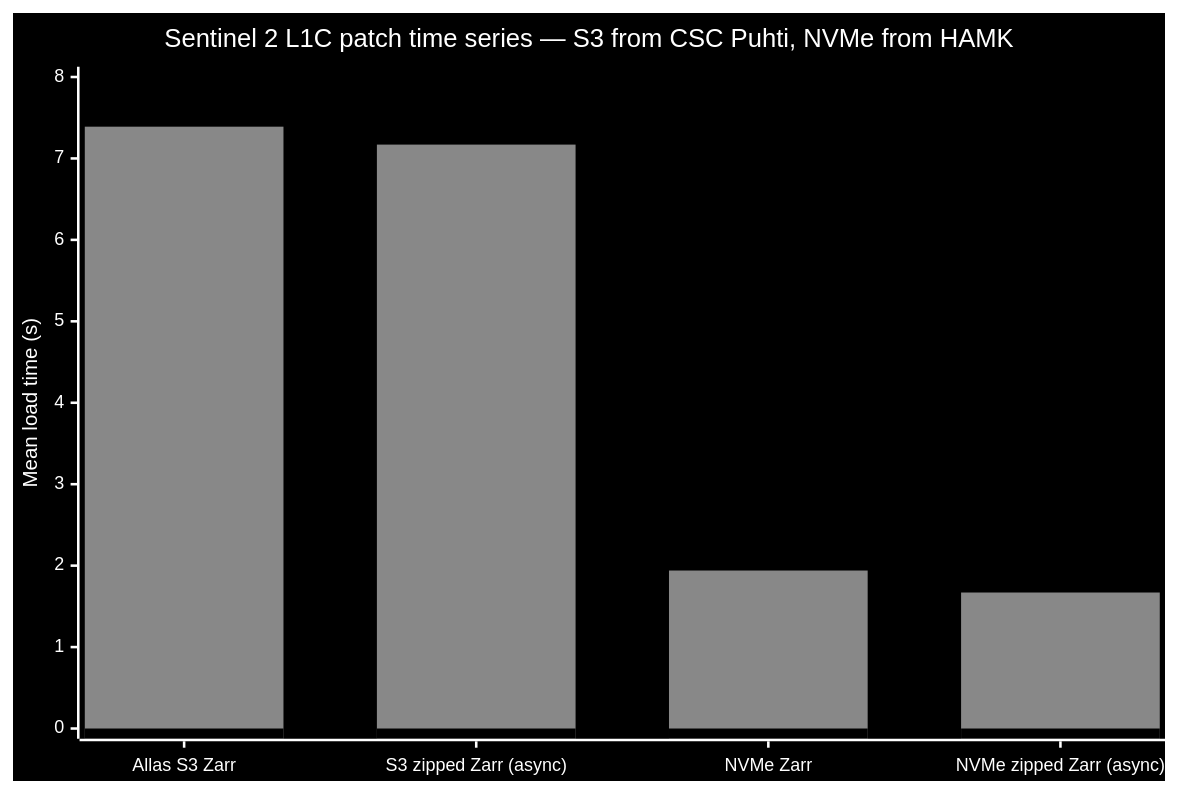
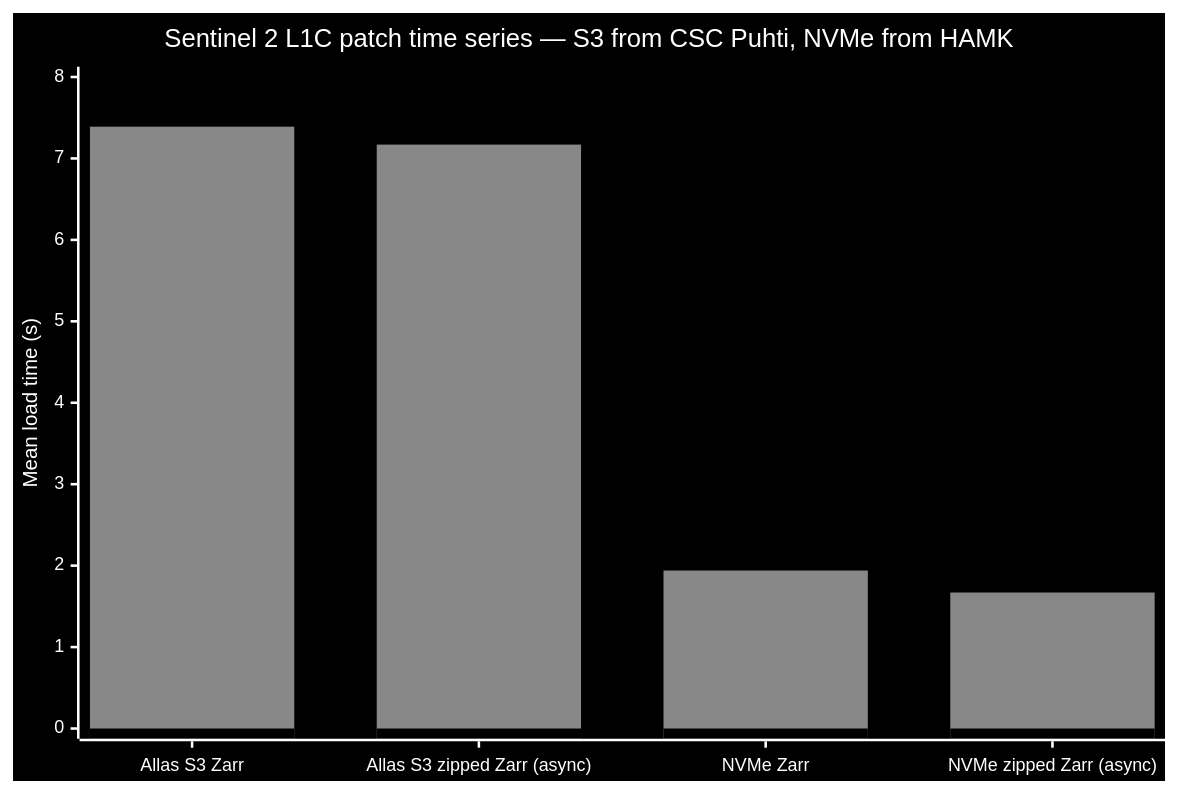
Before and after one commit to hamk-uas/datacube-storage-lab: the seventh of 7 diagrams in README.md, drawn with Mermaid. The commit also changed other lines of this file, not shown here.

````diff
--- a/README.md
+++ b/README.md
@@ -705,27 +705,27 @@
 ```mermaid
 ---
 config:
     xyChart:
         width: 900
         height: 600
     themeVariables:
         xyChart:
             backgroundColor: "#000"
             titleColor: "#fff"
             xAxisLabelColor: "#fff"
             xAxisTitleColor: "#fff"
             xAxisTickColor: "#fff"
             xAxisLineColor: "#fff"
             yAxisLabelColor: "#fff"
             yAxisTitleColor: "#fff"
             yAxisTickColor: "#fff"
             yAxisLineColor: "#fff"
             plotColorPalette: "#fff8, #000"
 ---
 xychart-beta
     title "Sentinel 2 L1C patch time series — S3 from CSC Puhti, NVMe from HAMK"
-    x-axis ["Allas S3 Zarr", "S3 zipped Zarr (async)", "NVMe Zarr", "NVMe zipped Zarr (async)"]
+    x-axis ["Allas S3 Zarr", "Allas S3 zipped Zarr (async)", "NVMe Zarr", "NVMe zipped Zarr (async)"]
     y-axis "Mean load time (s)" 0 --> 8
     bar [7.39, 7.17, 1.94, 1.67]
     bar [0, 0, 0, 0]
 ```
````
